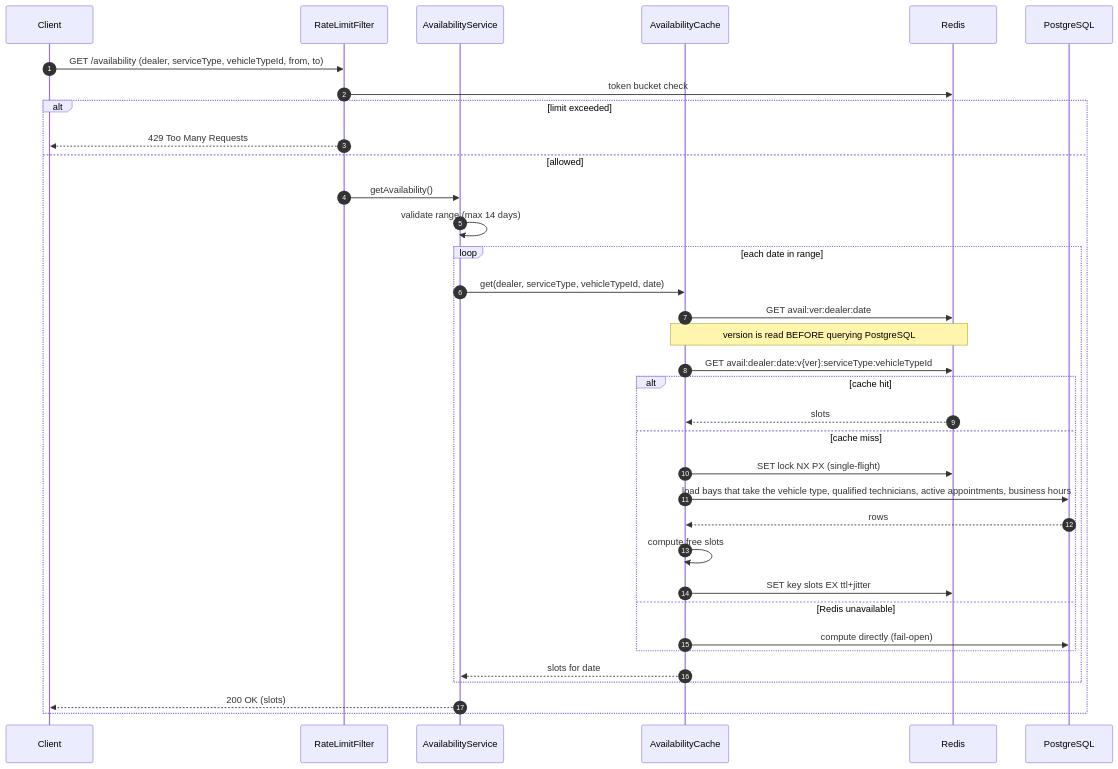
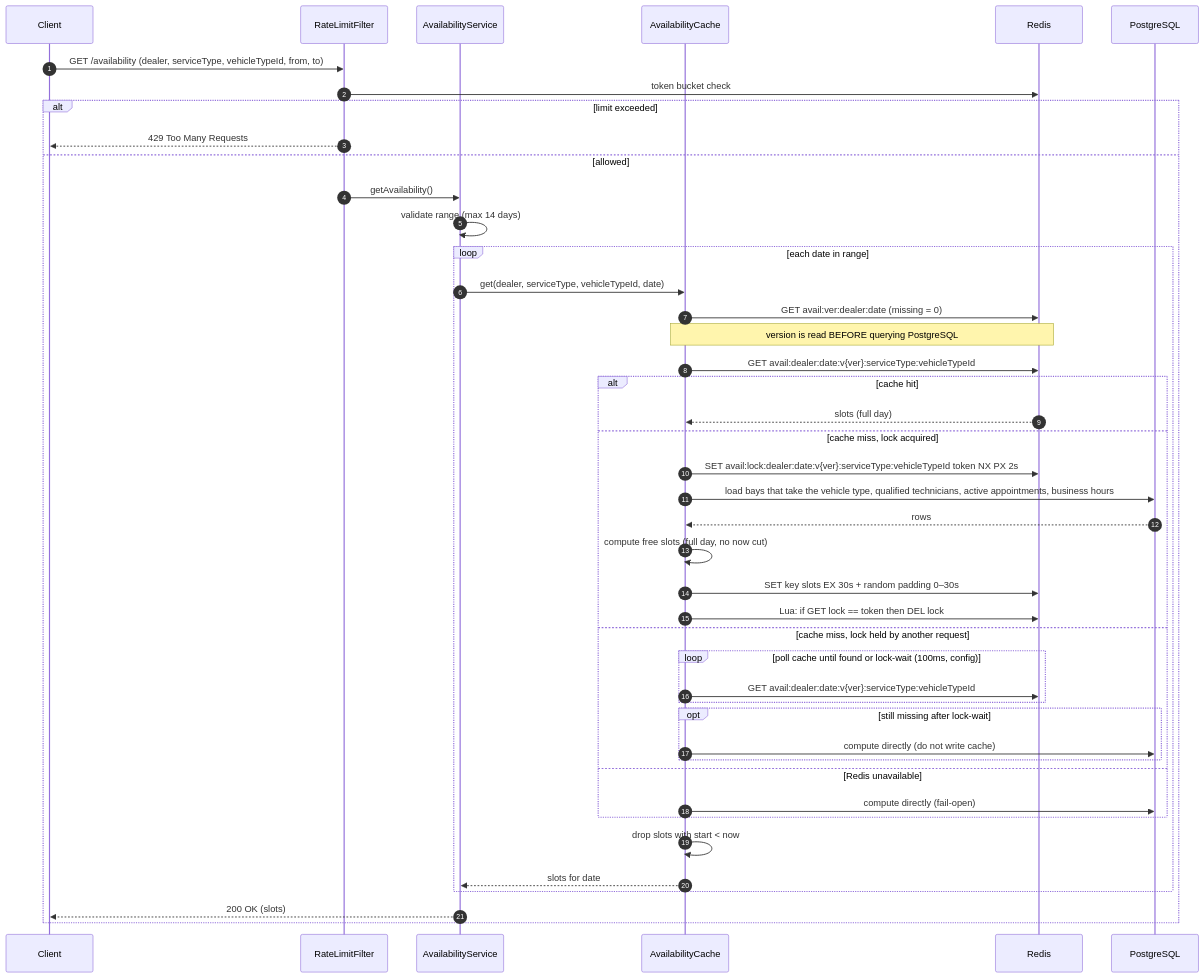
Before and after one commit to Rubynam/keyloop: the diagram in docs/diagrams/dld/04-seq-check-availability.mermaid, drawn with Mermaid. The commit also changed 14 other files, not shown here.

First line of the commit message:
docs: add availability specs and sync DLD/ROADMAP cache design

```diff
--- a/docs/diagrams/dld/04-seq-check-availability.mermaid
+++ b/docs/diagrams/dld/04-seq-check-availability.mermaid
@@ -1,36 +1,45 @@
 sequenceDiagram
     autonumber
     participant C as Client
     participant RL as RateLimitFilter
     participant AVS as AvailabilityService
     participant CA as AvailabilityCache
     participant R as Redis
     participant PG as PostgreSQL
 
     C->>RL: GET /availability (dealer, serviceType, vehicleTypeId, from, to)
     RL->>R: token bucket check
     alt limit exceeded
         RL-->>C: 429 Too Many Requests
     else allowed
         RL->>AVS: getAvailability()
         AVS->>AVS: validate range (max 14 days)
         loop each date in range
             AVS->>CA: get(dealer, serviceType, vehicleTypeId, date)
-            CA->>R: GET avail:ver:dealer:date
+            CA->>R: GET avail:ver:dealer:date (missing = 0)
             Note over CA,R: version is read BEFORE querying PostgreSQL
             CA->>R: GET avail:dealer:date:v{ver}:serviceType:vehicleTypeId
             alt cache hit
-                R-->>CA: slots
-            else cache miss
-                CA->>R: SET lock NX PX (single-flight)
+                R-->>CA: slots (full day)
+            else cache miss, lock acquired
+                CA->>R: SET avail:lock:dealer:date:v{ver}:serviceType:vehicleTypeId token NX PX 2s
                 CA->>PG: load bays that take the vehicle type, qualified technicians, active appointments, business hours
                 PG-->>CA: rows
-                CA->>CA: compute free slots
-                CA->>R: SET key slots EX ttl+jitter
+                CA->>CA: compute free slots (full day, no now cut)
+                CA->>R: SET key slots EX 30s + random padding 0–30s
+                CA->>R: Lua: if GET lock == token then DEL lock
+            else cache miss, lock held by another request
+                loop poll cache until found or lock-wait (100ms, config)
+                    CA->>R: GET avail:dealer:date:v{ver}:serviceType:vehicleTypeId
+                end
+                opt still missing after lock-wait
+                    CA->>PG: compute directly (do not write cache)
+                end
             else Redis unavailable
                 CA->>PG: compute directly (fail-open)
             end
+            CA->>CA: drop slots with start < now
             CA-->>AVS: slots for date
         end
         AVS-->>C: 200 OK (slots)
     end
```
